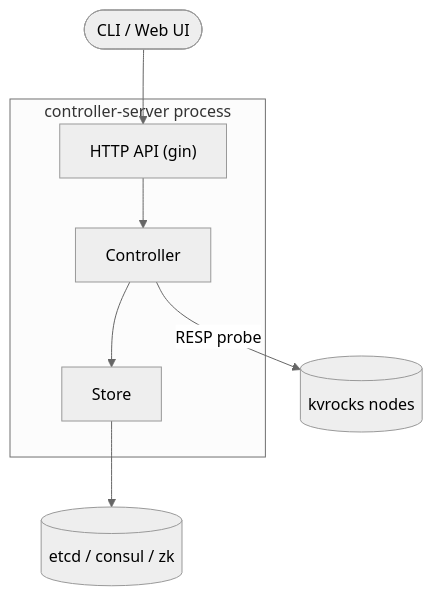
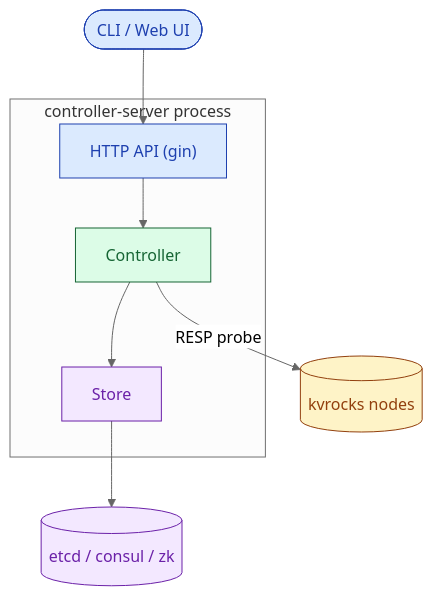
Before and after one commit to git-hulk/skills: the second of 6 diagrams in skills/fast-learning/references/diagrams.md, drawn with Mermaid (neutral theme). The commit also changed other lines of this file and 1 other file, not shown here.

Commit message:
Add consistent diagram colors to fast-learning guidance

````diff
--- a/skills/fast-learning/references/diagrams.md
+++ b/skills/fast-learning/references/diagrams.md
@@ -25,11 +44,19 @@
 ```mermaid
 flowchart TB
     Client([CLI / Web UI])
     subgraph Server["controller-server process"]
         API["HTTP API (gin)"] --> Ctl[Controller]
         Ctl --> Store[Store]
     end
     Store --> Etcd[(etcd / consul / zk)]
     Ctl -->|"RESP probe"| KV[(kvrocks nodes)]
     Client --> API
+    classDef entry fill:#DBEAFE,stroke:#1E40AF,color:#1E40AF
+    classDef core fill:#DCFCE7,stroke:#166534,color:#166534
+    classDef storage fill:#F3E8FF,stroke:#6B21A8,color:#6B21A8
+    classDef external fill:#FEF3C7,stroke:#92400E,color:#92400E
+    class Client,API entry
+    class Ctl core
+    class Store,Etcd storage
+    class KV external
 ```
````
